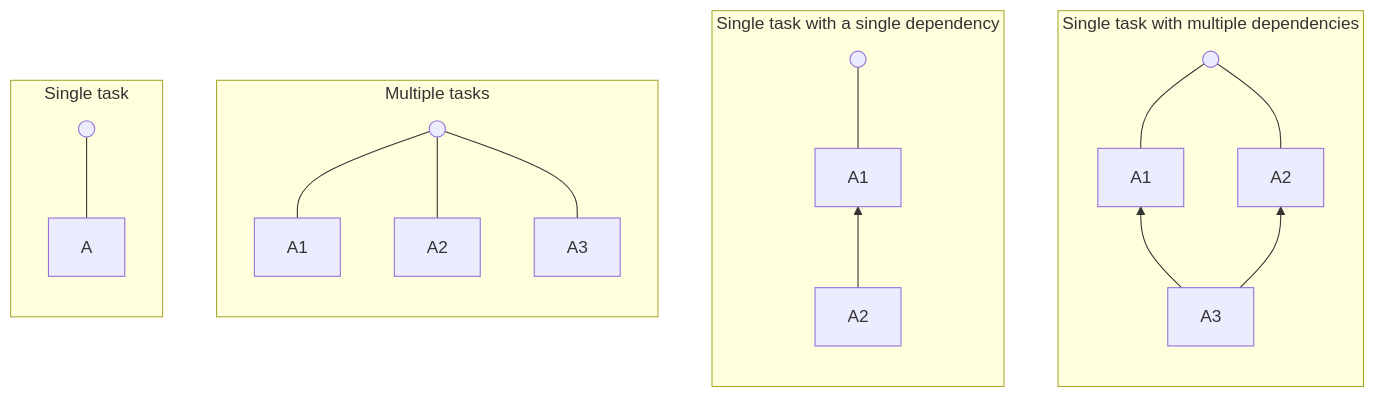
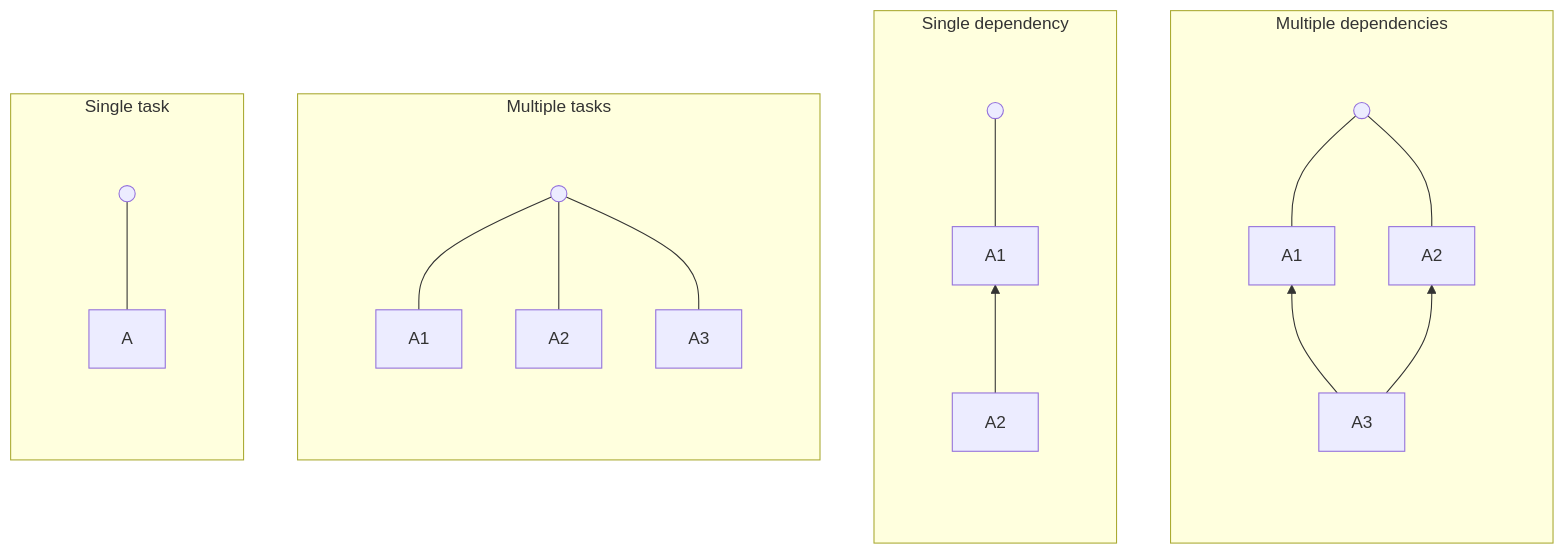
One commit to almiris/pushdep changed the second of 7 diagrams in README.md. Above: the diagram before and after it, drawn with Mermaid. The commit also changed other lines of this file, not shown here.

````diff
--- a/README.md
+++ b/README.md
@@ -72,22 +72,35 @@
 ```mermaid
 flowchart TB
-    subgraph single_with_dependencies["Single task with multiple dependencies"]
-        direction BT
-        A43[A3] --> A41[A1] --- root4(( ))
-        A43[A3] --> A42[A2] --- root4(( ))
+    classDef subgraph_padding fill:none,stroke:none
+    subgraph single_with_dependencies["Multiple dependencies"]
+        subgraph pad4 [ ]
+            direction BT
+            A43[A3] --> A41[A1] --- root4(( ))
+            A43[A3] --> A42[A2] --- root4(( ))
+        end
     end
-    subgraph single_with_dependency["Single task with a single dependency"]
-        direction BT
-        A31[A2] --> A32[A1] --- root3(( ))
+    subgraph single_with_dependency["Single dependency"]
+        subgraph pad3 [ ]
+            direction BT
+            A31[A2] --> A32[A1] --- root3(( ))
+        end
     end
     subgraph multiple["Multiple tasks"]
-        direction BT
-        A21[A1] --- root2(( ))
-        A22[A2] --- root2(( ))
-        A23[A3] --- root2(( ))
+        subgraph pad2 [ ]
+            direction BT
+            A21[A1] --- root2(( ))
+            A22[A2] --- root2(( ))
+            A23[A3] --- root2(( ))
+        end
     end
     subgraph single["Single task"]
-        direction BT
-        A1[A] --- root1(( ))
+        subgraph pad1 [ ]
+            direction BT
+            A1[A] --- root1(( ))
+        end
     end
+    class pad4 subgraph_padding
+    class pad3 subgraph_padding
+    class pad2 subgraph_padding
+    class pad1 subgraph_padding
 ```
````
